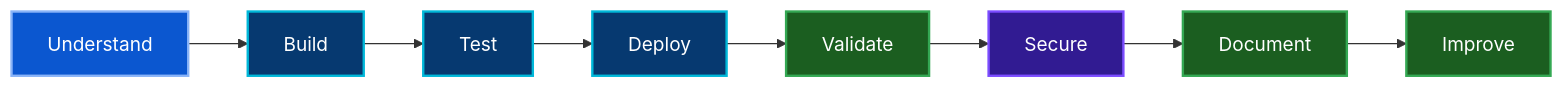
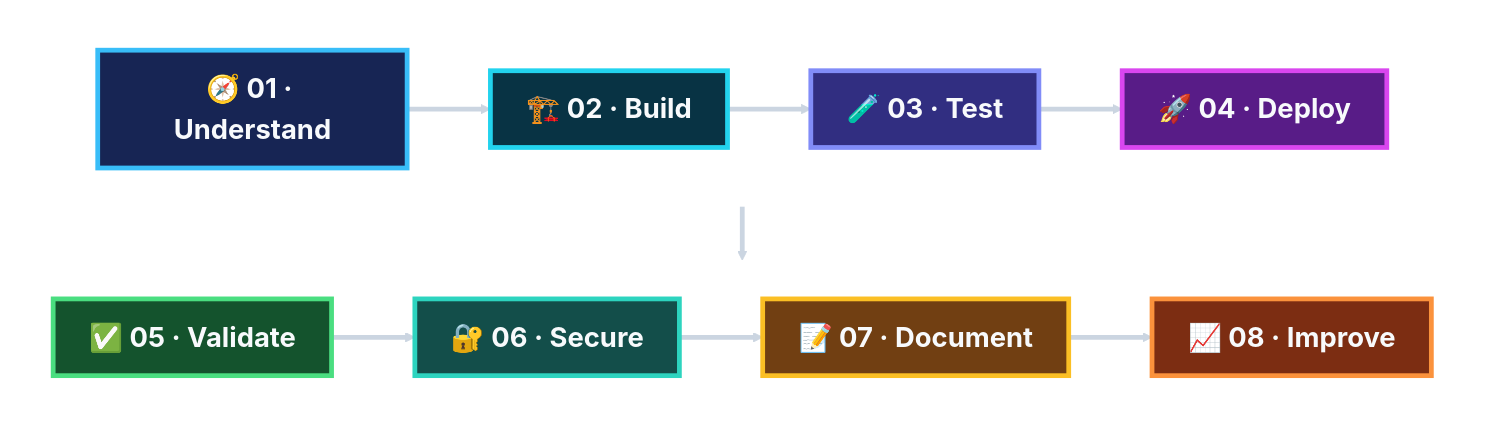
One commit to sonia11mansha415/google-cloud-genai-academy-apac-cohort-3 changed the diagram in README.md. Above: the diagram before and after it, drawn with Mermaid.

````diff
--- a/README.md
+++ b/README.md
@@ -115,19 +115,79 @@
 ```mermaid
-flowchart LR
-    A[Understand] --> B[Build]
-    B --> C[Test]
-    C --> D[Deploy]
-    D --> E[Validate]
-    E --> F[Secure]
-    F --> G[Document]
-    G --> H[Improve]
+%%{init: {"theme":"base","themeVariables":{"fontSize":"23px"},"flowchart":{"curve":"basis","nodeSpacing":45,"rankSpacing":45}}}%%
 
-    classDef start fill:#0B57D0,stroke:#8AB4F8,color:#fff,stroke-width:2px;
-    classDef build fill:#063970,stroke:#00B8D9,color:#fff,stroke-width:2px;
-    classDef validate fill:#1B5E20,stroke:#34A853,color:#fff,stroke-width:2px;
-    classDef secure fill:#311B92,stroke:#7C4DFF,color:#fff,stroke-width:2px;
-    class A start;
-    class B,C,D build;
-    class E,G,H validate;
+flowchart TB
+
+    %% =====================================================
+    %% TOP ROW — BUILD LIFECYCLE
+    %% =====================================================
+    subgraph ROW1[" "]
+        direction LR
+
+        A["🧭 01 · Understand"]
+        B["🏗️ 02 · Build"]
+        C["🧪 03 · Test"]
+        D["🚀 04 · Deploy"]
+
+        A ==> B ==> C ==> D
+    end
+
+
+    %% =====================================================
+    %% BOTTOM ROW — ASSURE + IMPROVE
+    %% =====================================================
+    subgraph ROW2[" "]
+        direction LR
+
+        E["✅ 05 · Validate"]
+        F["🔐 06 · Secure"]
+        G["📝 07 · Document"]
+        H["📈 08 · Improve"]
+
+        E ==> F ==> G ==> H
+    end
+
+
+    %% Keep both horizontal rows
+    ROW1 ==> ROW2
+
+
+    %% =====================================================
+    %% PREMIUM COLOR PALETTE
+    %% =====================================================
+    classDef understand fill:#172554,stroke:#38BDF8,stroke-width:4px,color:#F8FAFC,font-size:23px,font-weight:bold;
+    classDef build fill:#083344,stroke:#22D3EE,stroke-width:4px,color:#F8FAFC,font-size:23px,font-weight:bold;
+    classDef test fill:#312E81,stroke:#818CF8,stroke-width:4px,color:#F8FAFC,font-size:23px,font-weight:bold;
+    classDef deploy fill:#581C87,stroke:#D946EF,stroke-width:4px,color:#F8FAFC,font-size:23px,font-weight:bold;
+
+    classDef validate fill:#14532D,stroke:#4ADE80,stroke-width:4px,color:#F8FAFC,font-size:23px,font-weight:bold;
+    classDef secure fill:#134E4A,stroke:#2DD4BF,stroke-width:4px,color:#F8FAFC,font-size:23px,font-weight:bold;
+    classDef document fill:#713F12,stroke:#FBBF24,stroke-width:4px,color:#F8FAFC,font-size:23px,font-weight:bold;
+    classDef improve fill:#7C2D12,stroke:#FB923C,stroke-width:4px,color:#F8FAFC,font-size:23px,font-weight:bold;
+
+
+    %% =====================================================
+    %% APPLY COLORS
+    %% =====================================================
+    class A understand;
+    class B build;
+    class C test;
+    class D deploy;
+
+    class E validate;
     class F secure;
+    class G document;
+    class H improve;
+
+
+    %% =====================================================
+    %% CLEAN ROWS
+    %% =====================================================
+    style ROW1 fill:none,stroke:none
+    style ROW2 fill:none,stroke:none
+
+
+    %% =====================================================
+    %% PREMIUM CONNECTORS
+    %% =====================================================
+    linkStyle default stroke:#CBD5E1,stroke-width:4px;
 ```
````
